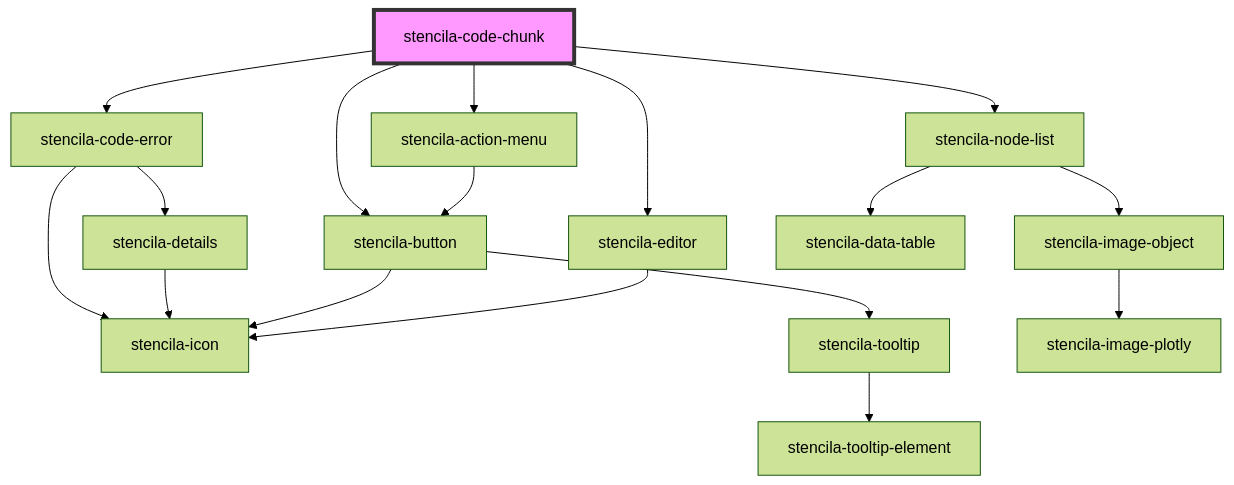
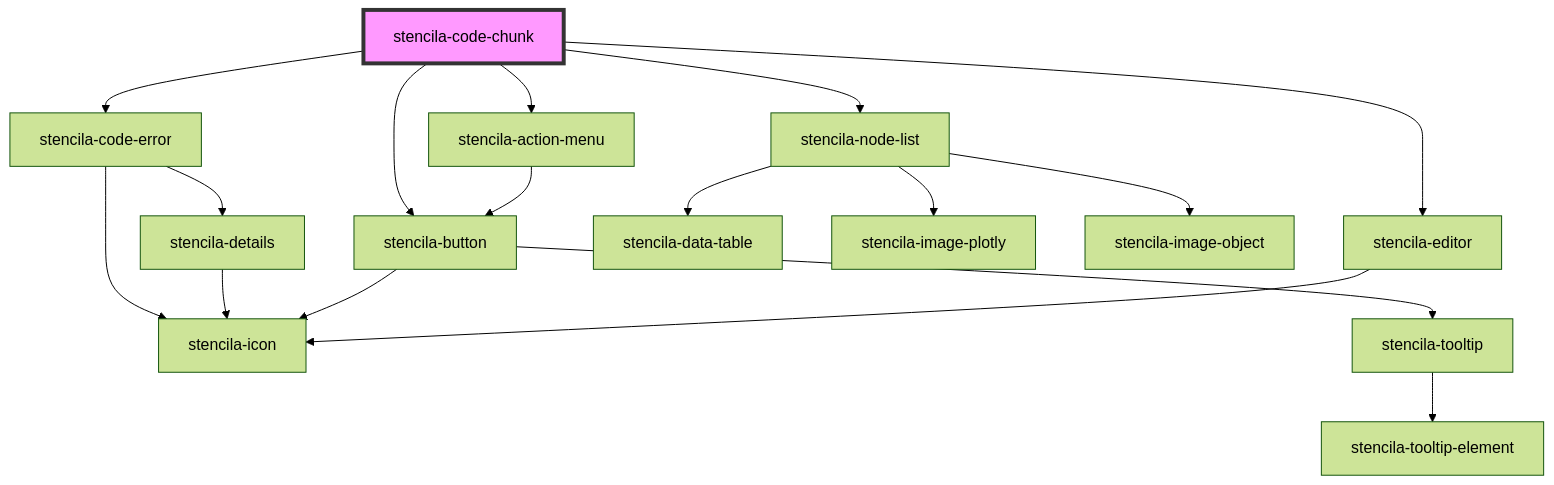
The diagram in packages/components/src/components/codeChunk/readme.md (stencila/designa), drawn with Mermaid (forest theme) before and after one commit. The commit also changed 8 other files, not shown here.

````diff
--- a/packages/components/src/components/codeChunk/readme.md
+++ b/packages/components/src/components/codeChunk/readme.md
@@ -69,20 +69,20 @@
 ```mermaid
 graph TD;
   stencila-code-chunk --> stencila-code-error
   stencila-code-chunk --> stencila-action-menu
   stencila-code-chunk --> stencila-button
   stencila-code-chunk --> stencila-editor
   stencila-code-chunk --> stencila-node-list
   stencila-code-error --> stencila-icon
   stencila-code-error --> stencila-details
   stencila-details --> stencila-icon
   stencila-action-menu --> stencila-button
   stencila-button --> stencila-icon
   stencila-button --> stencila-tooltip
   stencila-tooltip --> stencila-tooltip-element
   stencila-editor --> stencila-icon
+  stencila-node-list --> stencila-data-table
+  stencila-node-list --> stencila-image-plotly
   stencila-node-list --> stencila-image-object
-  stencila-node-list --> stencila-data-table
-  stencila-image-object --> stencila-image-plotly
   style stencila-code-chunk fill:#f9f,stroke:#333,stroke-width:4px
 ```
````
